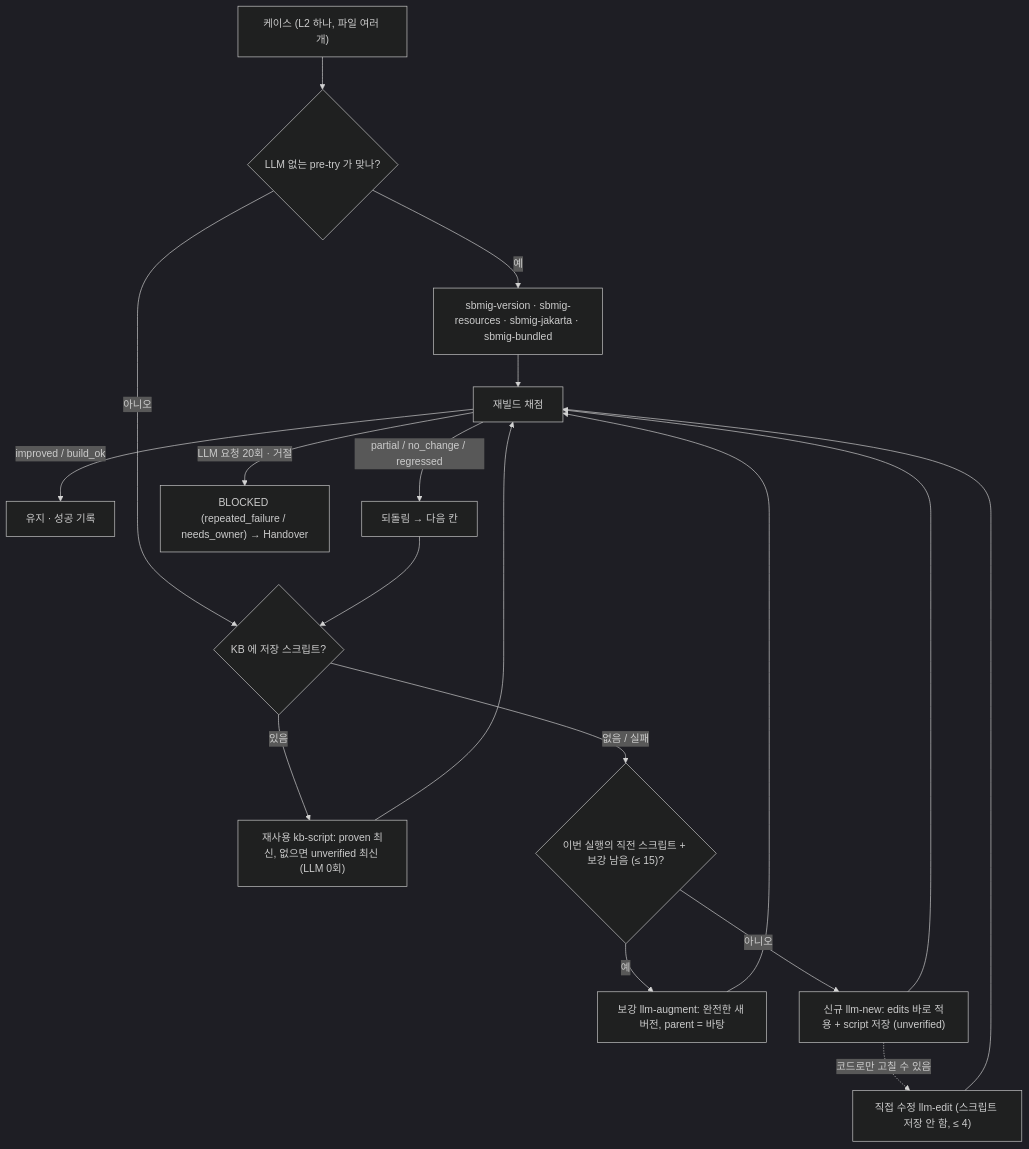
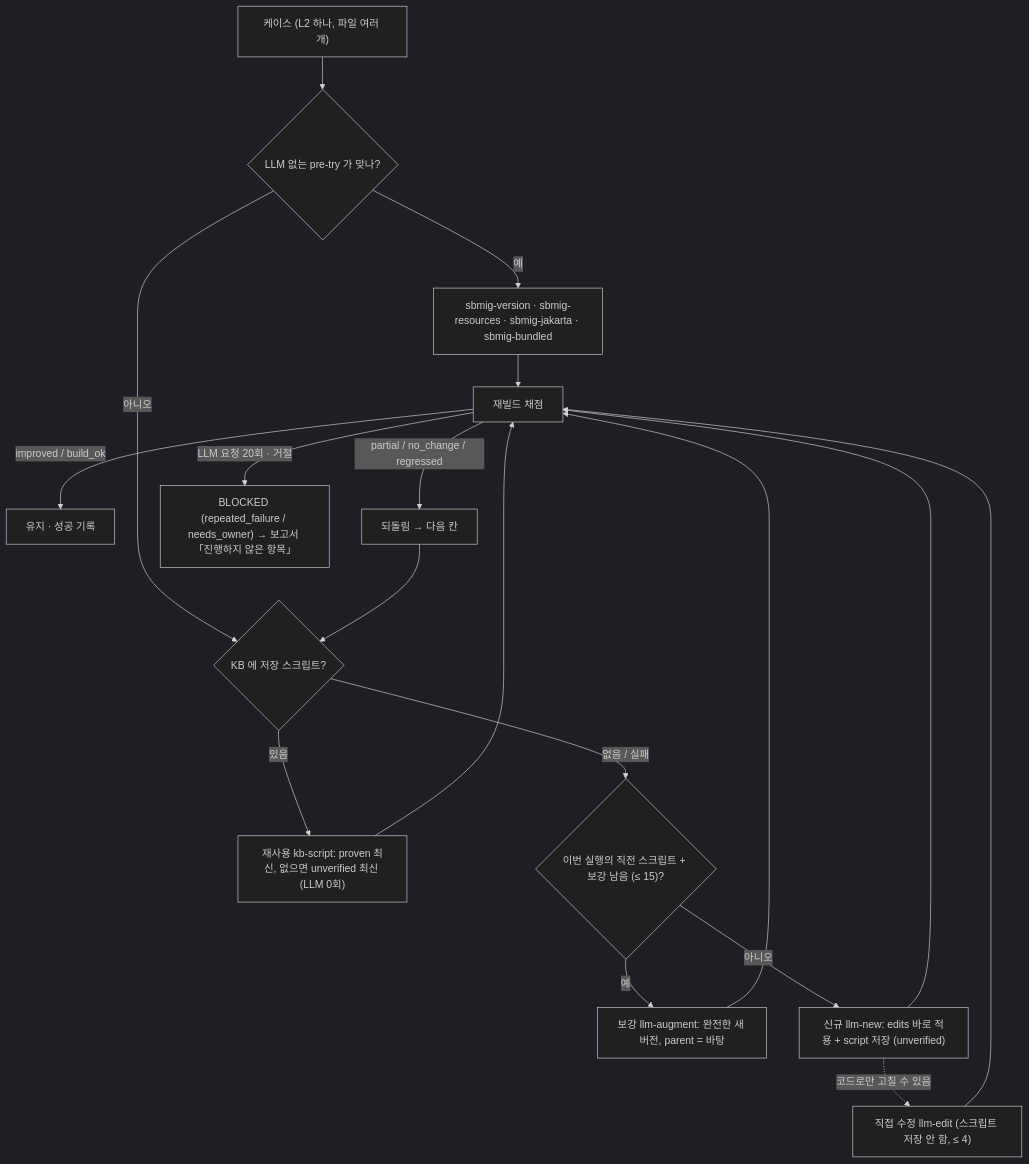
The fifth of 8 diagrams in docs/migration-agent/README.md (acandiatale/tutu), drawn with Mermaid (dark theme) before and after one commit. The commit also changed other lines of this file and 114 other files, not shown here.

````diff
--- a/docs/migration-agent/README.md
+++ b/docs/migration-agent/README.md
@@ -247,20 +250,20 @@
 ```mermaid
 flowchart TD
   E["케이스 (L2 하나, 파일 여러 개)"] --> P{"LLM 없는 pre-try 가 맞나?"}
   P -->|"예"| PT["sbmig-version · sbmig-resources · sbmig-jakarta · sbmig-bundled"]
   P -->|"아니오"| K{"KB 에 저장 스크립트?"}
   K -->|"있음"| R["재사용 kb-script: proven 최신, 없으면 unverified 최신 (LLM 0회)"]
   K -->|"없음 / 실패"| A{"이번 실행의 직전 스크립트 + 보강 남음 (≤ 15)?"}
   A -->|"예"| AU["보강 llm-augment: 완전한 새 버전, parent = 바탕"]
   A -->|"아니오"| N["신규 llm-new: edits 바로 적용 + script 저장 (unverified)"]
   N -.->|"코드로만 고칠 수 있음"| ED["직접 수정 llm-edit (스크립트 저장 안 함, ≤ 4)"]
   PT --> SC["재빌드 채점"]
   R --> SC
   AU --> SC
   N --> SC
   ED --> SC
   SC -->|"improved / build_ok"| KEEP["유지 · 성공 기록"]
   SC -->|"partial / no_change / regressed"| RB["되돌림 → 다음 칸"]
   RB --> K
-  SC -->|"LLM 요청 20회 · 거절"| BLK["BLOCKED (repeated_failure / needs_owner) → Handover"]
+  SC -->|"LLM 요청 20회 · 거절"| BLK["BLOCKED (repeated_failure / needs_owner) → 보고서 「진행하지 않은 항목」"]
 ```
````
